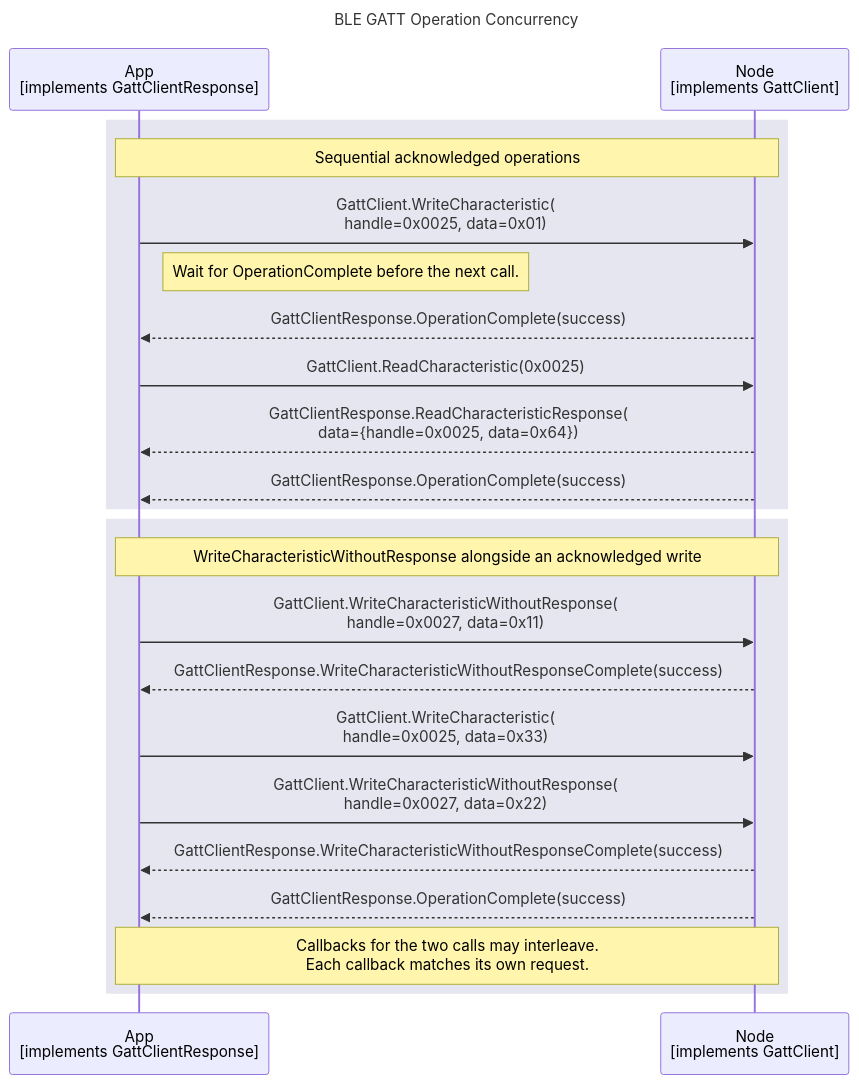
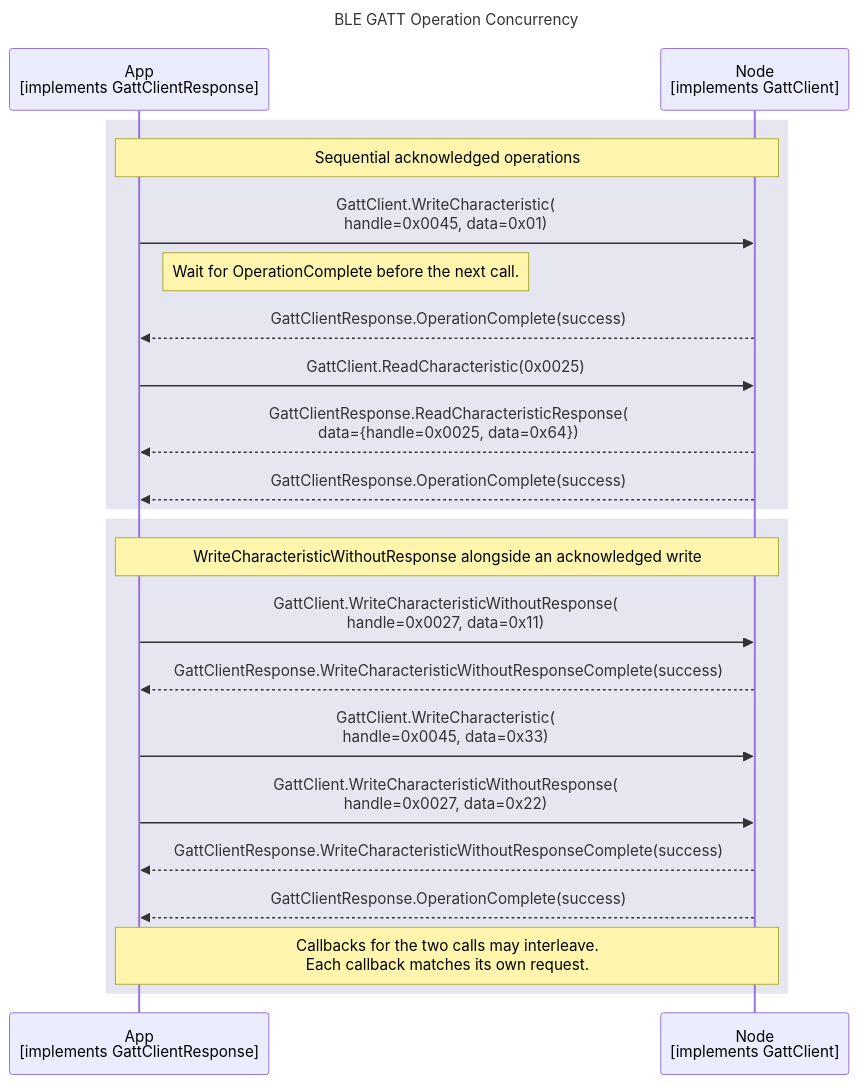
Before and after one commit to philips-software/amp-embedded-infra-lib: the diagram in documents/modules/ROOT/partials/echoservices/gatt_client/GattClient_OperationConcurrency_sequence.mmd, drawn with Mermaid. The commit also changed 6 other files, not shown here.

```diff
--- a/documents/modules/ROOT/partials/echoservices/gatt_client/GattClient_OperationConcurrency_sequence.mmd
+++ b/documents/modules/ROOT/partials/echoservices/gatt_client/GattClient_OperationConcurrency_sequence.mmd
@@ -1,28 +1,28 @@
 sequenceDiagram
     title BLE GATT Operation Concurrency
 
     participant App as App<br>[implements GattClientResponse]
     participant Node as Node<br>[implements GattClient]
 
     rect rgb(230, 230, 240)
         note over App, Node: Sequential acknowledged operations
-        App->>Node: GattClient.WriteCharacteristic(<br>handle=0x0025, data=0x01)
+        App->>Node: GattClient.WriteCharacteristic(<br>handle=0x0045, data=0x01)
         Note right of App: Wait for OperationComplete before the next call.
         Node-->>App: GattClientResponse.OperationComplete(success)
 
         App->>Node: GattClient.ReadCharacteristic(0x0025)
         Node-->>App: GattClientResponse.ReadCharacteristicResponse(<br>data={handle=0x0025, data=0x64})
         Node-->>App: GattClientResponse.OperationComplete(success)
     end
 
     rect rgb(230, 230, 240)
         note over App, Node: WriteCharacteristicWithoutResponse alongside an acknowledged write
         App->>Node: GattClient.WriteCharacteristicWithoutResponse(<br>handle=0x0027, data=0x11)
         Node-->>App: GattClientResponse.WriteCharacteristicWithoutResponseComplete(success)
 
-        App->>Node: GattClient.WriteCharacteristic(<br>handle=0x0025, data=0x33)
+        App->>Node: GattClient.WriteCharacteristic(<br>handle=0x0045, data=0x33)
         App->>Node: GattClient.WriteCharacteristicWithoutResponse(<br>handle=0x0027, data=0x22)
         Node-->>App: GattClientResponse.WriteCharacteristicWithoutResponseComplete(success)
         Node-->>App: GattClientResponse.OperationComplete(success)
         Note over App, Node: Callbacks for the two calls may interleave.<br>Each callback matches its own request.
     end
```
